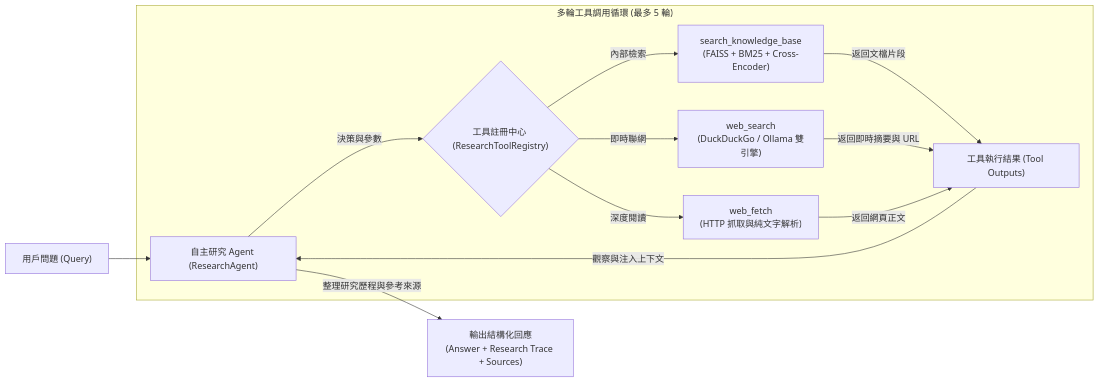
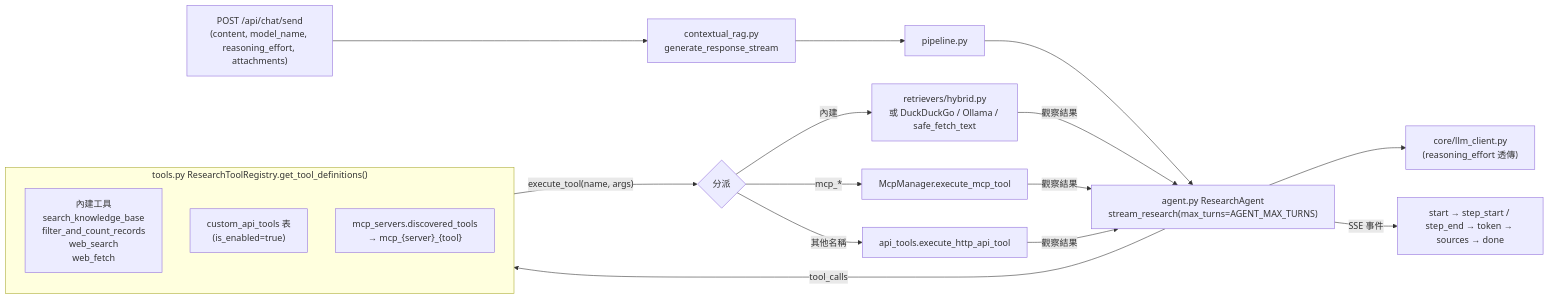
The fourth of 7 diagrams in docs/architecture.md (Scorpio-meow/AI-CB), drawn with Mermaid before and after one commit. The commit also changed other lines of this file and 16 other files, not shown here.

First line of the commit message:
docs: 架構文件對齊 2.x 現況並新增 ADR-0002 路線圖與 CLAUDE.md

````diff
--- a/docs/architecture.md
+++ b/docs/architecture.md
@@ -117,18 +196,21 @@
 ```mermaid
 flowchart LR
-    UserQuery["用戶問題 (Query)"] --> Agent["自主研究 Agent (ResearchAgent)"]
-    
-    subgraph ToolLoop ["多輪工具調用循環 (最多 5 輪)"]
-        Agent -->|決策與參數| Tools{"工具註冊中心 (ResearchToolRegistry)"}
-        Tools -->|內部檢索| LocalRAG["search_knowledge_base\n(FAISS + BM25 + Cross-Encoder)"]
-        Tools -->|即時聯網| WebSearch["web_search\n(DuckDuckGo / Ollama 雙引擎)"]
-        Tools -->|深度閱讀| WebFetch["web_fetch\n(HTTP 抓取與純文字解析)"]
-        
-        LocalRAG -->|返回文檔片段| ToolResult["工具執行結果 (Tool Outputs)"]
-        WebSearch -->|返回即時摘要與 URL| ToolResult
-        WebFetch -->|返回網頁正文| ToolResult
-        ToolResult -->|觀察與注入上下文| Agent
+    Send["POST /api/chat/send\n(content, model_name, reasoning_effort, attachments)"] --> Facade["contextual_rag.py\ngenerate_response_stream"]
+    Facade --> Pipeline["pipeline.py"]
+    Pipeline --> Agent["agent.py ResearchAgent\nstream_research(max_turns=AGENT_MAX_TURNS)"]
+
+    subgraph Registry ["tools.py ResearchToolRegistry.get_tool_definitions()"]
+        Builtin["內建工具\nsearch_knowledge_base\nfilter_and_count_records\nweb_search\nweb_fetch"]
+        Custom["custom_api_tools 表\n(is_enabled=true)"]
+        Mcp["mcp_servers.discovered_tools\n→ mcp_{server}_{tool}"]
     end
 
-    Agent -->|整理研究歷程與參考來源| FinalAnswer["輸出結構化回應\n(Answer + Research Trace + Sources)"]
+    Agent -->|tool_calls| Registry
+    Registry -->|"execute_tool(name, args)"| Exec{"分派"}
+    Exec -->|內建| Hybrid["retrievers/hybrid.py\n或 DuckDuckGo / Ollama / safe_fetch_text"]
+    Exec -->|mcp_*| McpExec["McpManager.execute_mcp_tool"]
+    Exec -->|其他名稱| HttpExec["api_tools.execute_http_api_tool"]
+    Hybrid & McpExec & HttpExec -->|觀察結果| Agent
+    Agent --> LLM["core/llm_client.py\n(reasoning_effort 透傳)"]
+    Agent -->|SSE 事件| Events["start → step_start / step_end → token → sources → done"]
 ```
````
